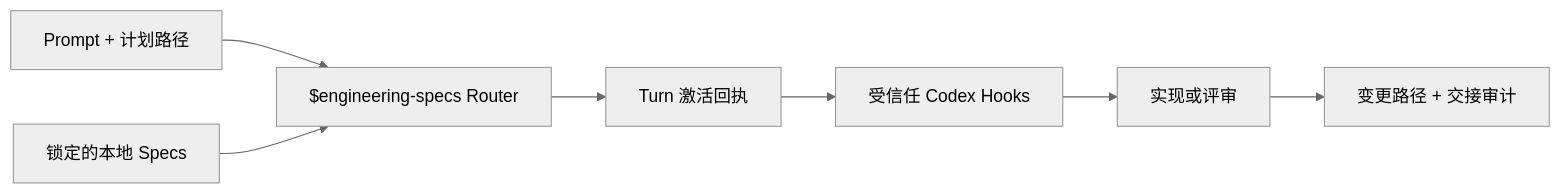
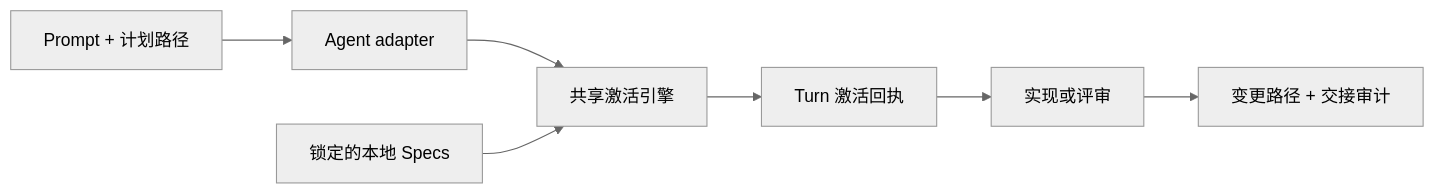
The third of 3 diagrams in README.zh-CN.md (XiaoWeiKIN/RepoFoundryAI), drawn with Mermaid (neutral theme) before and after one commit. The commit also changed other lines of this file and 38 other files, not shown here.

````diff
--- a/README.zh-CN.md
+++ b/README.zh-CN.md
@@ -256,9 +263,9 @@
 ```mermaid
 flowchart LR
-    P["Prompt + 计划路径"] --> R["$engineering-specs Router"]
+    P["Prompt + 计划路径"] --> D["Agent adapter"]
+    D --> R["共享激活引擎"]
     L["锁定的本地 Specs"] --> R
     R --> A["Turn 激活回执"]
-    A --> G["受信任 Codex Hooks"]
-    G --> W["实现或评审"]
+    A --> W["实现或评审"]
     W --> H["变更路径 + 交接审计"]
 ```
````
